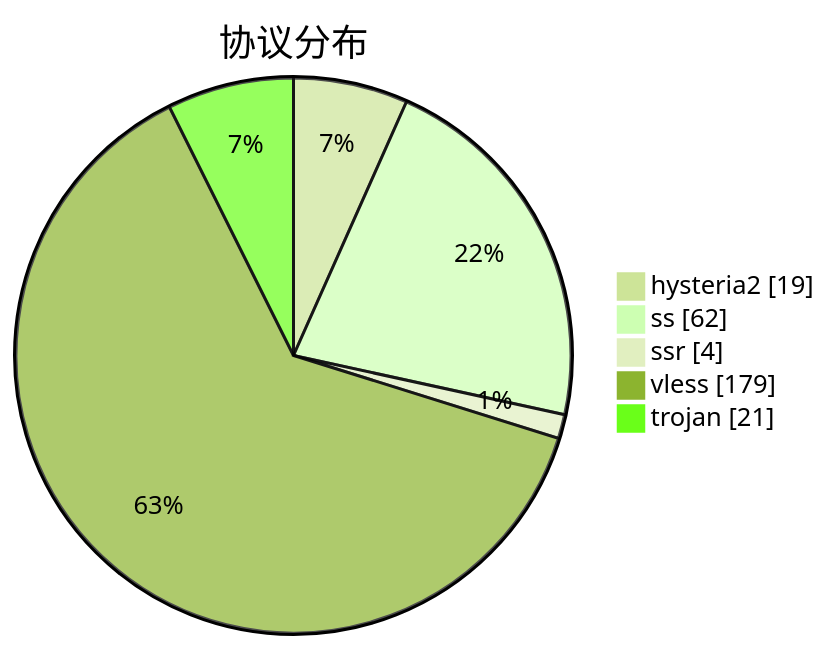
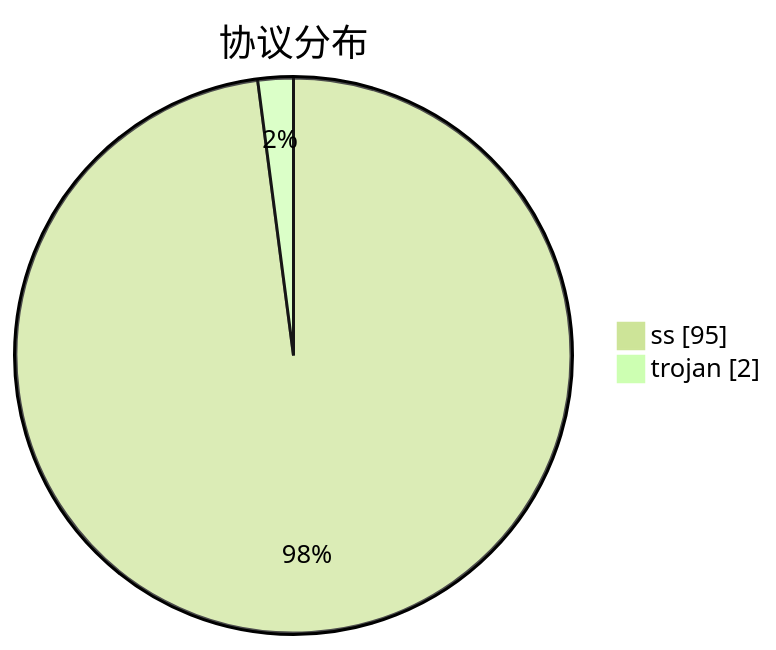
Before and after one commit to qjlxg/airport: the third of 3 diagrams in subs/statistics/tested_within.md, drawn with Mermaid (forest theme). The commit also changed other lines of this file and 2 other files, not shown here.

````diff
--- a/subs/statistics/tested_within.md
+++ b/subs/statistics/tested_within.md
@@ -35,9 +30,6 @@
 ```mermaid
 pie showData
 title 协议分布
-"hysteria2" : 19
-"ss" : 62
-"ssr" : 4
-"vless" : 179
-"trojan" : 21
+"ss" : 95
+"trojan" : 2
 ```
````
